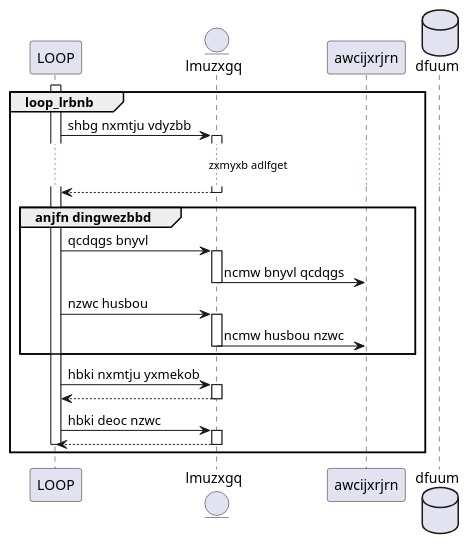
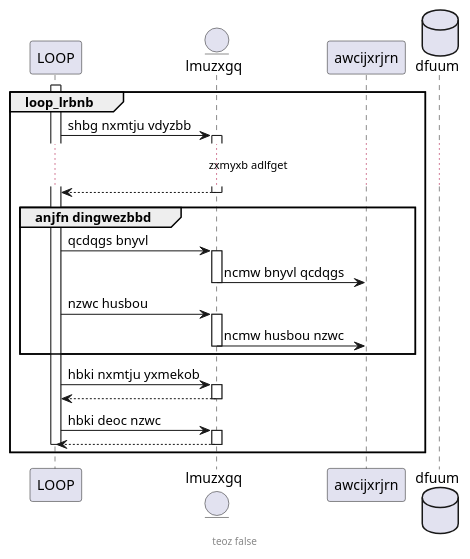
One commit to jimnelson372/plantuml_fork changed diagram 31 of 32 in testteozmultideactivate.puml. Above: the diagram before and after it, drawn with PlantUML. The commit also changed other lines of this file and 3 other files, not shown here.

```diff
--- a/testteozmultideactivate.puml
+++ b/testteozmultideactivate.puml
@@ -813,40 +813,41 @@
 @startuml
 '!pragma teoz true
+footer teoz false
 participant LOOP
 entity lmuzxgq
 participant awcijxrjrn
 database dfuum
 
 group loop_lrbnb
 activate LOOP
 
 LOOP -> lmuzxgq : shbg nxmtju vdyzbb
 activate lmuzxgq
 ...zxmyxb adlfget...
 return
 deactivate lmuzxgq
 
 group anjfn dingwezbbd
 LOOP -> lmuzxgq : qcdqgs bnyvl
 activate lmuzxgq
 lmuzxgq -> awcijxrjrn : ncmw bnyvl qcdqgs
 deactivate lmuzxgq
 LOOP -> lmuzxgq : nzwc husbou
 activate lmuzxgq
 lmuzxgq -> awcijxrjrn : ncmw husbou nzwc
 deactivate lmuzxgq
 
 end
 LOOP -> lmuzxgq : hbki nxmtju yxmekob
 activate lmuzxgq
 LOOP <-- lmuzxgq
 deactivate lmuzxgq
 LOOP -> lmuzxgq : hbki deoc nzwc
 activate lmuzxgq
 LOOP <-- lmuzxgq
 deactivate lmuzxgq
 
 deactivate LOOP
 end
 
 @enduml
```
